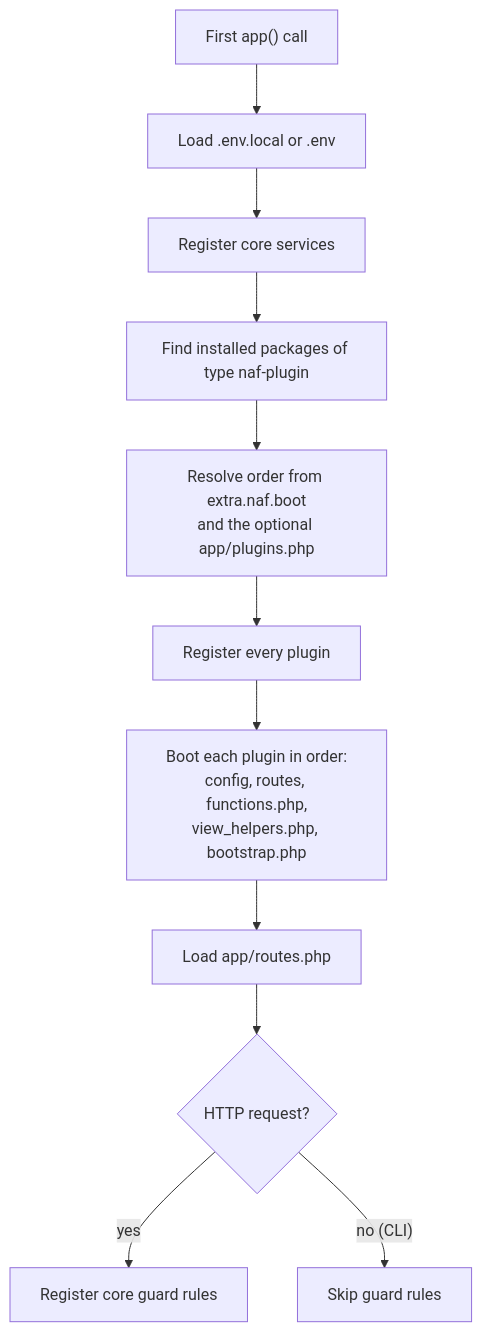
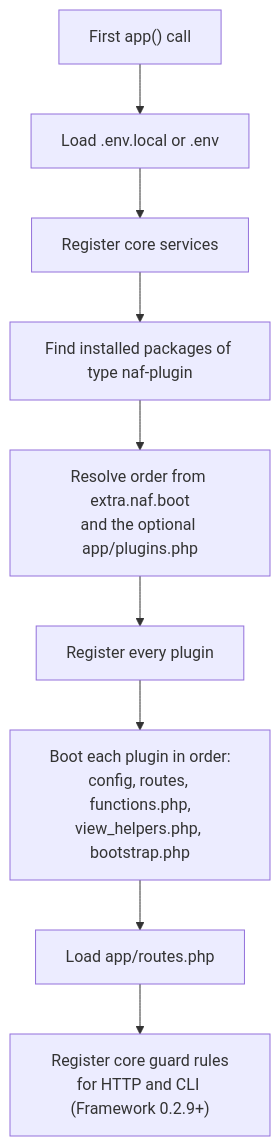
One commit to nafphp/docs changed the diagram in pages/plugins.md. Above: the diagram before and after it, drawn with Mermaid. The commit also changed 19 other files, not shown here.

````diff
--- a/pages/plugins.md
+++ b/pages/plugins.md
@@ -144,13 +144,11 @@
 ```mermaid
 flowchart TD
     A["First app() call"] --> B["Load .env.local or .env"]
     B --> C["Register core services"]
     C --> D["Find installed packages of type naf-plugin"]
     D --> E["Resolve order from extra.naf.boot<br/>and the optional app/plugins.php"]
     E --> F["Register every plugin"]
     F --> G["Boot each plugin in order:<br/>config, routes, functions.php,<br/>view_helpers.php, bootstrap.php"]
     G --> H["Load app/routes.php"]
-    H --> I{"HTTP request?"}
-    I -- yes --> J["Register core guard rules"]
-    I -- "no (CLI)" --> K["Skip guard rules"]
+    H --> I["Register core guard rules<br/>for HTTP and CLI (Framework 0.2.9+)"]
 ```
````
